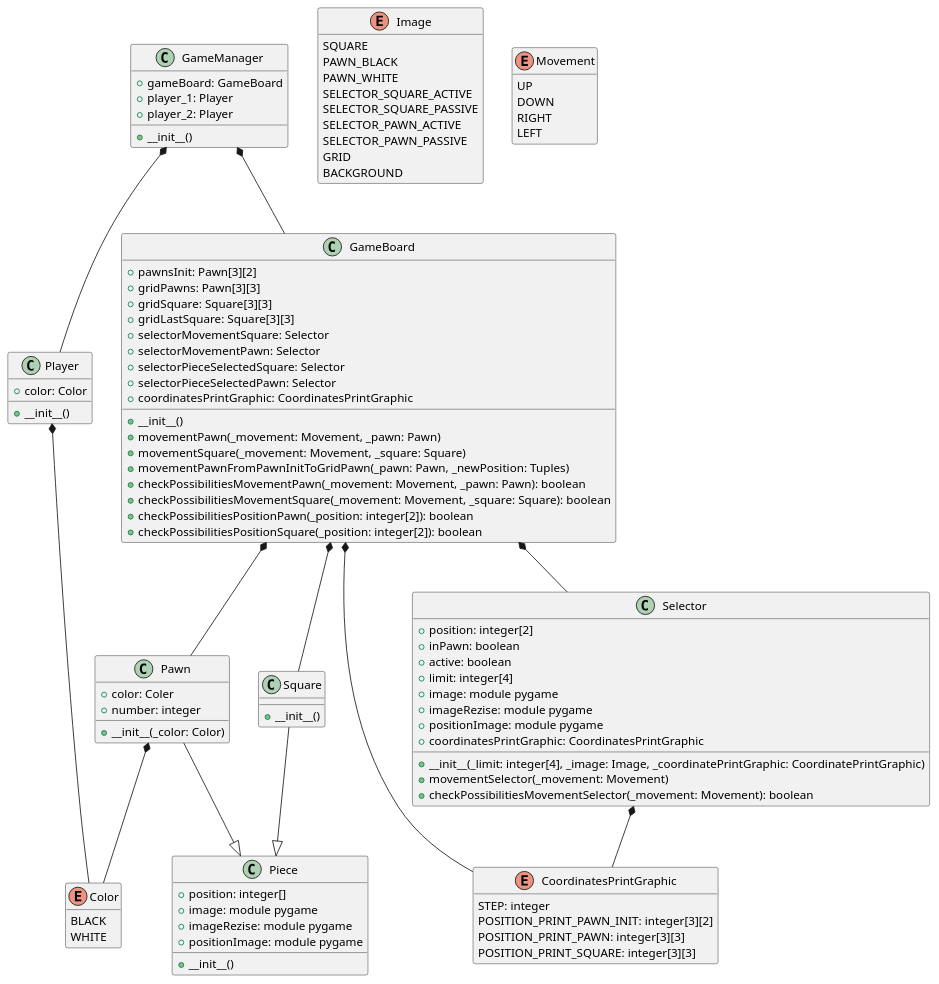
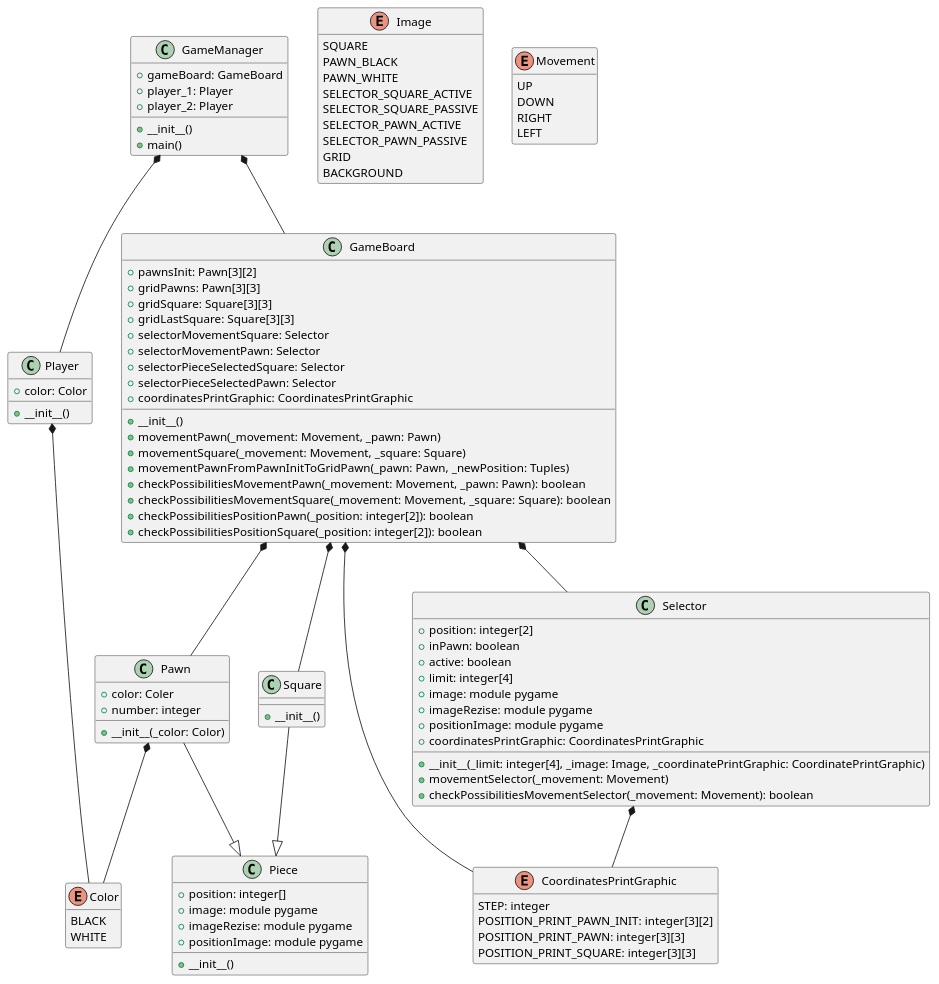
The diagram in Doc/UML/classes.puml (AurelienVasseur/Force-3), drawn with PlantUML before and after one commit. The commit also changed 5 other files, not shown here.

```diff
--- a/Doc/UML/classes.puml
+++ b/Doc/UML/classes.puml
@@ -1,116 +1,118 @@
 @startuml classes
 
 class GameBoard {
     +pawnsInit: Pawn[3][2]
     +gridPawns: Pawn[3][3]
     +gridSquare: Square[3][3]
     +gridLastSquare: Square[3][3]
     +selectorMovementSquare: Selector
     +selectorMovementPawn: Selector   
     +selectorPieceSelectedSquare: Selector
     +selectorPieceSelectedPawn: Selector
     +coordinatesPrintGraphic: CoordinatesPrintGraphic
     +__init__()
     +movementPawn(_movement: Movement, _pawn: Pawn)
     +movementSquare(_movement: Movement, _square: Square)
     +movementPawnFromPawnInitToGridPawn(_pawn: Pawn, _newPosition: Tuples)
     +checkPossibilitiesMovementPawn(_movement: Movement, _pawn: Pawn): boolean
     +checkPossibilitiesMovementSquare(_movement: Movement, _square: Square): boolean
     +checkPossibilitiesPositionPawn(_position: integer[2]): boolean
     +checkPossibilitiesPositionSquare(_position: integer[2]): boolean
 }
 
 class Player {
     +color: Color
     +__init__()
 }
 
 class Piece {
     +position: integer[]
     +image: module pygame
     +imageRezise: module pygame
     +positionImage: module pygame
     +__init__()
 }
 
 class Pawn {
     +color: Coler
     +number: integer
     +__init__(_color: Color)
 }
 
 class Square {
     +__init__()
 
 }
 
 class Selector {
     +position: integer[2]
     +inPawn: boolean
     +active: boolean
     +limit: integer[4]
     +image: module pygame
     +imageRezise: module pygame
     +positionImage: module pygame
     +coordinatesPrintGraphic: CoordinatesPrintGraphic
     +__init__(_limit: integer[4], _image: Image, _coordinatePrintGraphic: CoordinatePrintGraphic)
     +movementSelector(_movement: Movement)
     +checkPossibilitiesMovementSelector(_movement: Movement): boolean
 }
 
 class GameManager {
     +gameBoard: GameBoard
     +player_1: Player
     +player_2: Player
     +__init__()
+    +main()
+
 
 }
 
 enum Color {
     BLACK
     WHITE
 }
 hide Color methods
 
 enum Image {
     SQUARE
     PAWN_BLACK
     PAWN_WHITE
     SELECTOR_SQUARE_ACTIVE
     SELECTOR_SQUARE_PASSIVE
     SELECTOR_PAWN_ACTIVE
     SELECTOR_PAWN_PASSIVE
     GRID
     BACKGROUND
 }
 hide Image methods
 
 enum Movement {
     UP
     DOWN
     RIGHT
     LEFT
 }
 hide Movement methods
 
 enum CoordinatesPrintGraphic {
     STEP: integer
     POSITION_PRINT_PAWN_INIT: integer[3][2]
     POSITION_PRINT_PAWN: integer[3][3]
     POSITION_PRINT_SQUARE: integer[3][3]
 }
 hide CoordinatesPrintGraphic methods
 
 GameManager *-- GameBoard
 GameManager *-- Player
 GameBoard *-- Selector
 GameBoard *-- Pawn
 GameBoard *-- Square
 GameBoard *-- CoordinatesPrintGraphic
 Selector *-- CoordinatesPrintGraphic
 Pawn --|> Piece
 Square --|> Piece
 Player *-- Color
 Pawn *-- Color
 
 @enduml
```
